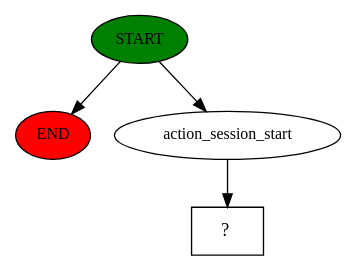
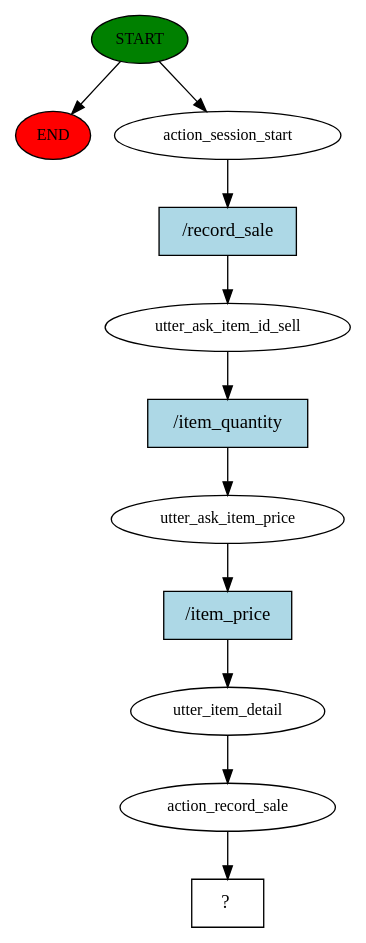
One commit to darkbits018/buddi-bot changed the diagram in story_graph.dot. Above: the diagram before and after it, drawn with Graphviz. The commit also changed 10 other files, not shown here.

Commit message:
todo : correct the record new sale

```diff
--- a/story_graph.dot
+++ b/story_graph.dot
@@ -1,9 +1,23 @@
 digraph  {
 0 [class="start active", fillcolor=green, fontsize=12, label=START, style=filled];
 "-1" [class=end, fillcolor=red, fontsize=12, label=END, style=filled];
 1 [class=active, fontsize=12, label=action_session_start];
-2 [class="intent dashed active", label="  ?  ", shape=rect];
+2 [class=active, fontsize=12, label=utter_ask_item_id_sell];
+3 [class=active, fontsize=12, label=utter_ask_item_price];
+4 [class=active, fontsize=12, label=utter_item_detail];
+5 [class=active, fontsize=12, label=action_record_sale];
+6 [class="intent dashed active", label="  ?  ", shape=rect];
+7 [class="intent active", fillcolor=lightblue, label="/record_sale", shape=rect, style=filled];
+8 [class="intent active", fillcolor=lightblue, label="/item_quantity", shape=rect, style=filled];
+9 [class="intent active", fillcolor=lightblue, label="/item_price", shape=rect, style=filled];
 0 -> "-1"  [class="", key=NONE, label=""];
 0 -> 1  [class=active, key=NONE, label=""];
-1 -> 2  [class=active, key=NONE, label=""];
+1 -> 7  [class=active, key=0];
+2 -> 8  [class=active, key=0];
+3 -> 9  [class=active, key=0];
+4 -> 5  [class=active, key=NONE, label=""];
+5 -> 6  [class=active, key=NONE, label=""];
+7 -> 2  [class=active, key=0];
+8 -> 3  [class=active, key=0];
+9 -> 4  [class=active, key=0];
 }
```
